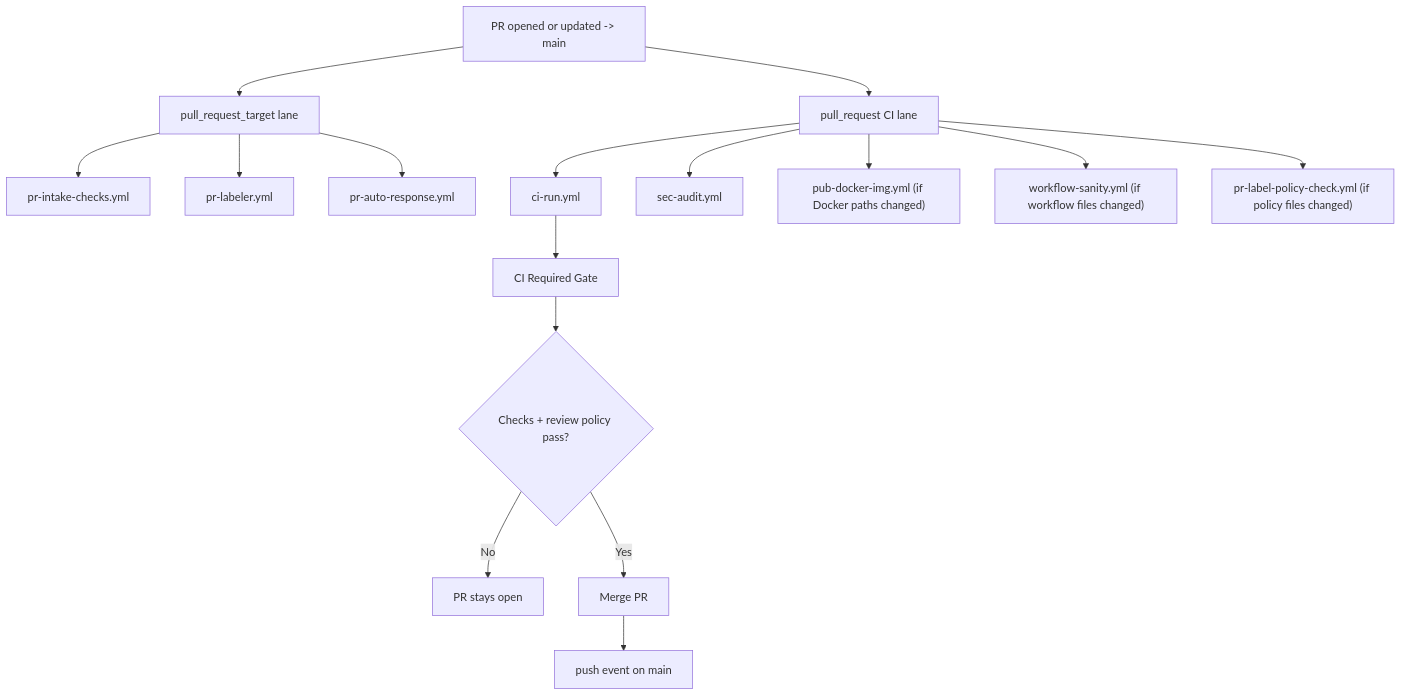
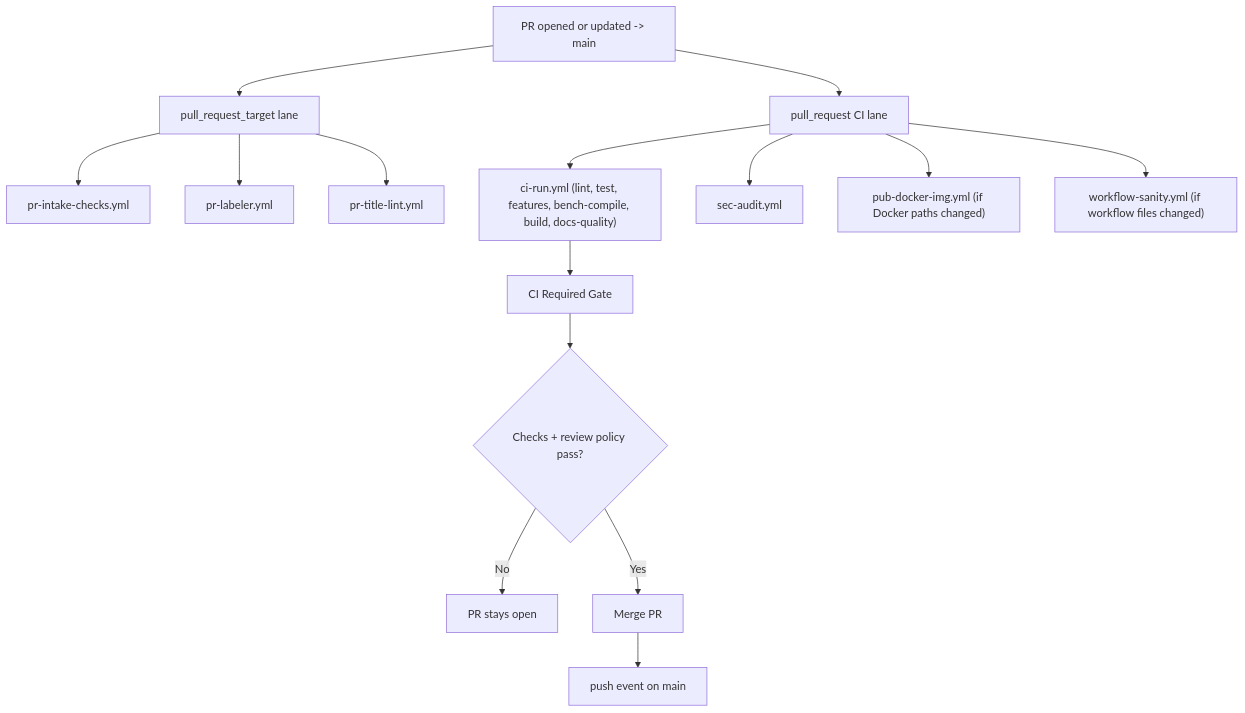
One commit to RantAI-dev/RantAIClaw changed the first of 2 diagrams in .github/workflows/main-branch-flow.md. Above: the diagram before and after it, drawn with Mermaid. The commit also changed other lines of this file and 154 other files, not shown here.

````diff
--- a/.github/workflows/main-branch-flow.md
+++ b/.github/workflows/main-branch-flow.md
@@ -179,18 +100,17 @@
 ```mermaid
 flowchart TD
   A["PR opened or updated -> main"] --> B["pull_request_target lane"]
   B --> B1["pr-intake-checks.yml"]
   B --> B2["pr-labeler.yml"]
-  B --> B3["pr-auto-response.yml"]
+  B --> B3["pr-title-lint.yml"]
   A --> C["pull_request CI lane"]
-  C --> C1["ci-run.yml"]
+  C --> C1["ci-run.yml (lint, test, features, bench-compile, build, docs-quality)"]
   C --> C2["sec-audit.yml"]
   C --> C3["pub-docker-img.yml (if Docker paths changed)"]
   C --> C4["workflow-sanity.yml (if workflow files changed)"]
-  C --> C5["pr-label-policy-check.yml (if policy files changed)"]
   C1 --> D["CI Required Gate"]
   D --> E{"Checks + review policy pass?"}
   E -->|No| F["PR stays open"]
   E -->|Yes| G["Merge PR"]
   G --> H["push event on main"]
 ```
````
